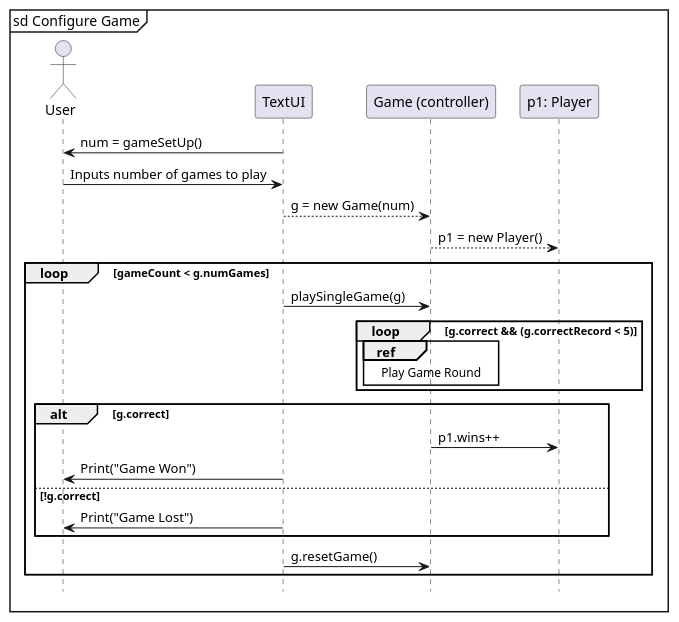
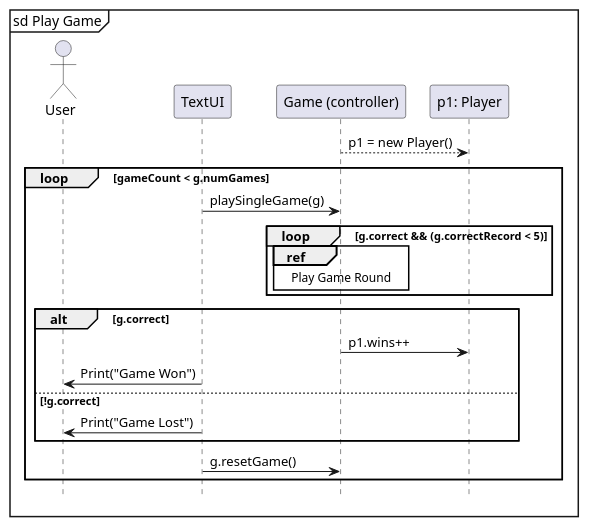
The sixth of 7 diagrams in doc/design.md (aczar09/Trivia-Game-Android), drawn with PlantUML before and after one commit. The commit also changed other lines of this file, not shown here.

Commit message:
Moved configure game out

````diff
--- a/doc/design.md
+++ b/doc/design.md
@@ -142,29 +158,26 @@
 ```plantuml
 @startuml
 hide footbox
-mainframe sd Configure Game
+mainframe sd Play Game
 actor "User" as us 
 participant "TextUI" as tui 
 participant "Game (controller)" as clr 
 participant "p1: Player" as p1
-tui -> us: num = gameSetUp()
-us -> tui: Inputs number of games to play
-tui --> clr: g = new Game(num)
 clr --> p1: p1 = new Player()
 loop gameCount < g.numGames
 tui -> clr: playSingleGame(g)
 loop g.correct && (g.correctRecord < 5)
 ref over clr
 Play Game Round
 end
 end
 alt g.correct
 clr -> p1: p1.wins++
 tui -> us: Print("Game Won")
 else !g.correct
 tui -> us: Print("Game Lost")
 end
 tui -> clr: g.resetGame()
 end
 
 ```
````
